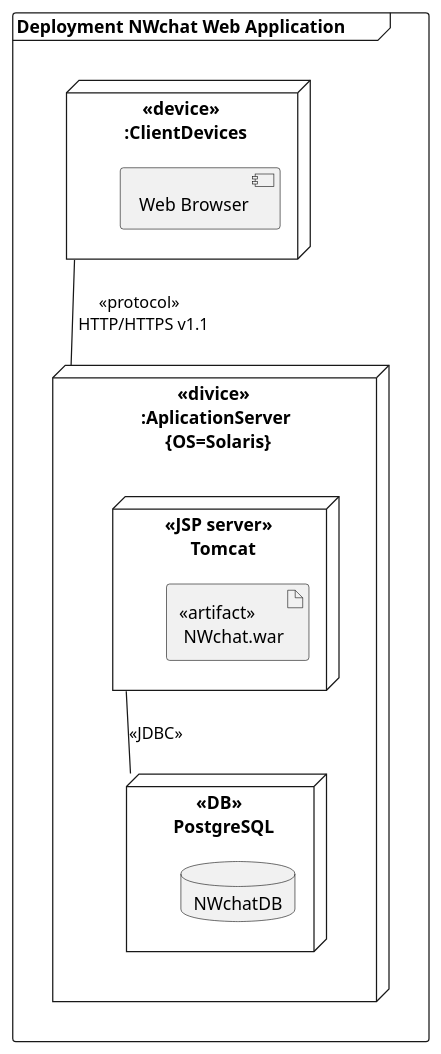
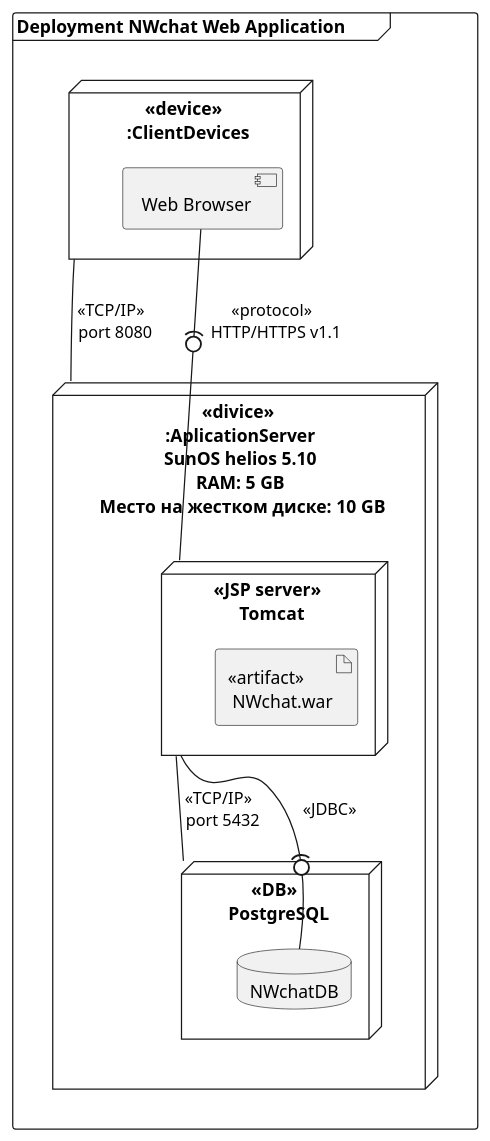
One commit to Pahoomich/nwchat changed the diagram in UML/Deployment Diagram/Deployment_Diagram.puml. Above: the diagram before and after it, drawn with PlantUML. The commit also changed 3 other files, not shown here.

```diff
--- a/UML/Deployment Diagram/Deployment_Diagram.puml
+++ b/UML/Deployment Diagram/Deployment_Diagram.puml
@@ -1,21 +1,23 @@
 @startuml
 frame "Deployment NWchat Web Application        " {
-    node "<<divice>> \n :AplicationServer \n {OS=Solaris}" as back_end {
+    node "<<divice>> \n :AplicationServer \n SunOS helios 5.10 \n RAM: 5 GB \n Место на жестком диске: 10 GB" as back_end {
         node "<<JSP server>> \n Tomcat" as jsp{
             artifact "<<artifact>> \n NWchat.war" as war
         }
         node "<<DB>> \n PostgreSQL" as bd{
-            database "NWchatDB"
+            database "NWchatDB" as bd_nwchat
         }
      }
-    jsp -- bd: <<JDBC>>
+    jsp -- bd: <<TCP/IP>> \n port 5432
 
 
     node "<<device>> \n :ClientDevices" as client {
-        component "Web Browser"
+        component "Web Browser" as webBrowser
     }
 
-    client -- back_end: <<protocol>> \n HTTP/HTTPS v1.1
+    client -- back_end:  <<TCP/IP>> \n port 8080
+    webBrowser -(0- jsp: <<protocol>> \n HTTP/HTTPS v1.1
+    bd_nwchat -0)- jsp: <<JDBC>>
 
 }
 @enduml
```
